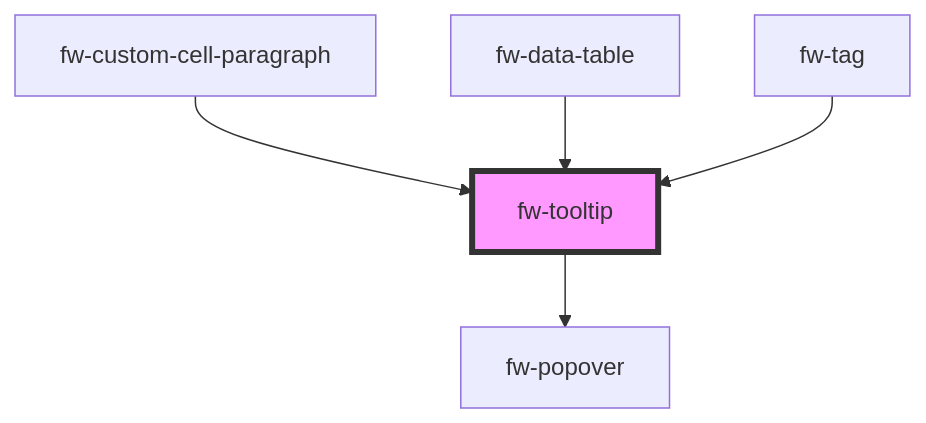
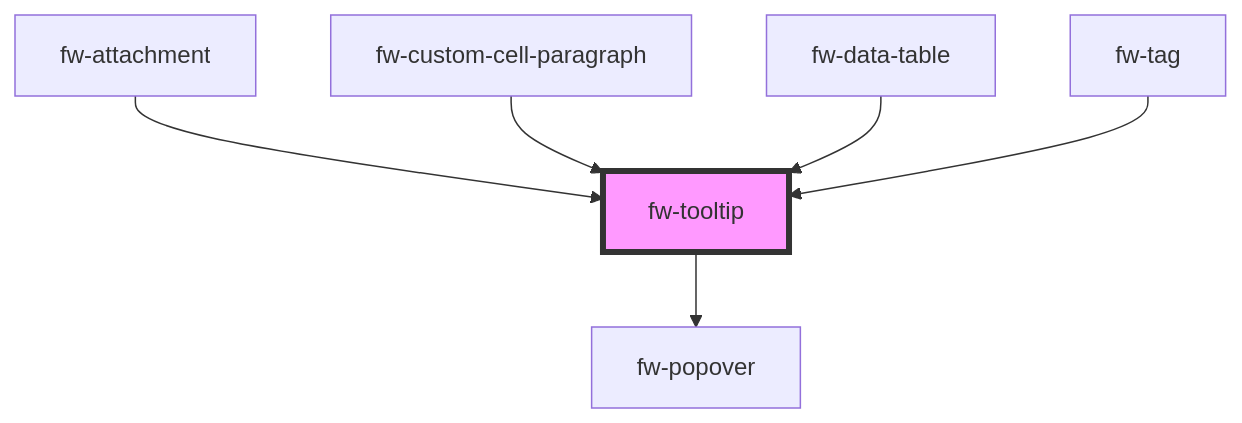
The diagram in packages/crayons-core/src/components/tooltip/readme.md (freshworks/crayons), drawn with Mermaid before and after one commit. The commit also changed other lines of this file and 16 other files, not shown here.

````diff
--- a/packages/crayons-core/src/components/tooltip/readme.md
+++ b/packages/crayons-core/src/components/tooltip/readme.md
@@ -394,8 +395,9 @@
 ```mermaid
 graph TD;
   fw-tooltip --> fw-popover
+  fw-attachment --> fw-tooltip
   fw-custom-cell-paragraph --> fw-tooltip
   fw-data-table --> fw-tooltip
   fw-tag --> fw-tooltip
   style fw-tooltip fill:#f9f,stroke:#333,stroke-width:4px
 ```
````
